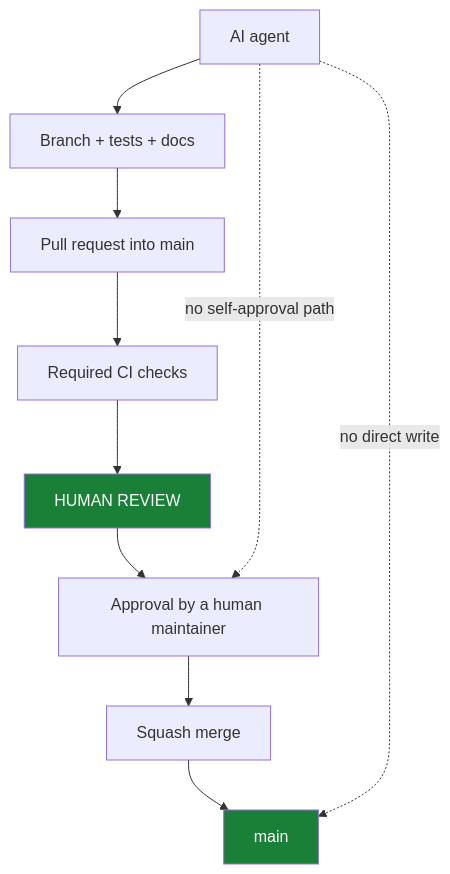
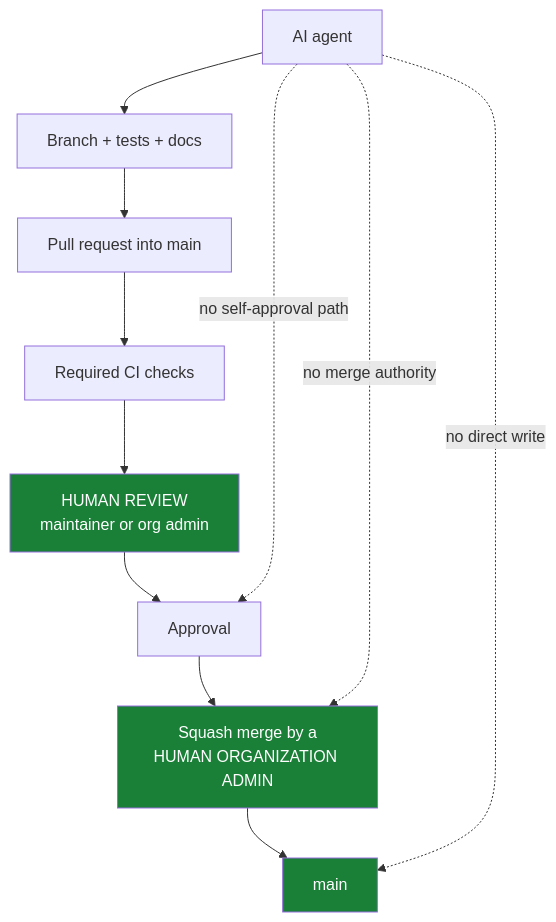
Before and after one commit to Trustvian/trustvian: the diagram in docs/AGENT_GOVERNANCE.md, drawn with Mermaid. The commit also changed other lines of this file and 4 other files, not shown here.

````diff
--- a/docs/AGENT_GOVERNANCE.md
+++ b/docs/AGENT_GOVERNANCE.md
@@ -158,16 +166,18 @@
 ```mermaid
 flowchart TD
     A["AI agent"] --> B["Branch + tests + docs"]
     B --> C["Pull request into main"]
     C --> D["Required CI checks"]
-    D --> E["HUMAN REVIEW"]
-    E --> F["Approval by a human maintainer"]
-    F --> G["Squash merge"]
+    D --> E["HUMAN REVIEW<br/>maintainer or org admin"]
+    E --> F["Approval"]
+    F --> G["Squash merge by a<br/>HUMAN ORGANIZATION ADMIN"]
     G --> H["main"]
 
     A -.->|"no self-approval path"| F
+    A -.->|"no merge authority"| G
     A -.->|"no direct write"| H
 
     style E fill:#1a7f37,color:#fff
+    style G fill:#1a7f37,color:#fff
     style H fill:#1a7f37,color:#fff
 ```
````
